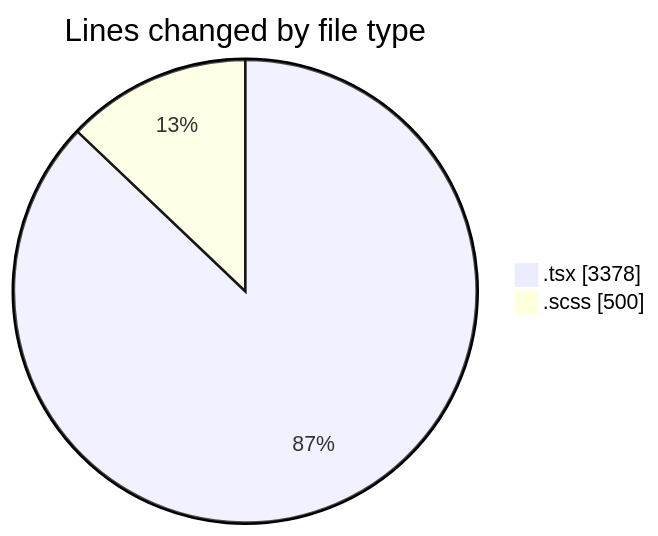
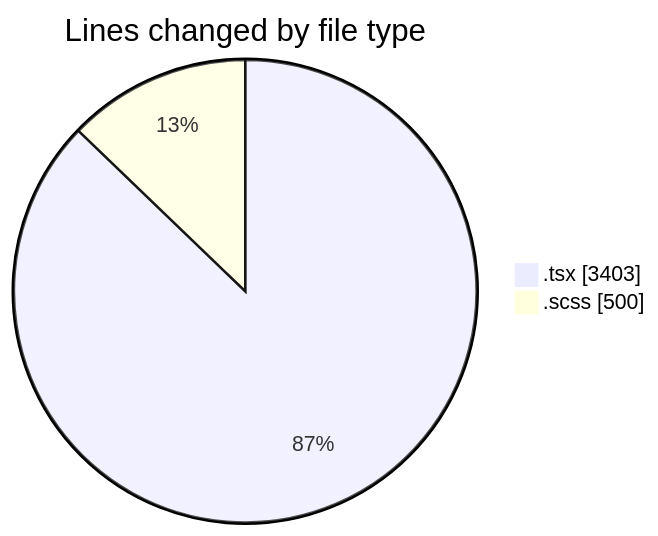
The first of 2 diagrams in 2025-04-10/cda/README.md (momahboobian/code-tracking), drawn with Mermaid before and after one commit. The commit also changed other lines of this file and 1 other file, not shown here.

````diff
--- a/2025-04-10/cda/README.md
+++ b/2025-04-10/cda/README.md
@@ -26,6 +26,6 @@
 ```mermaid
 pie showData
 title Lines changed by file type
-".tsx" : 3378
+".tsx" : 3403
 ".scss" : 500
 ```
````
